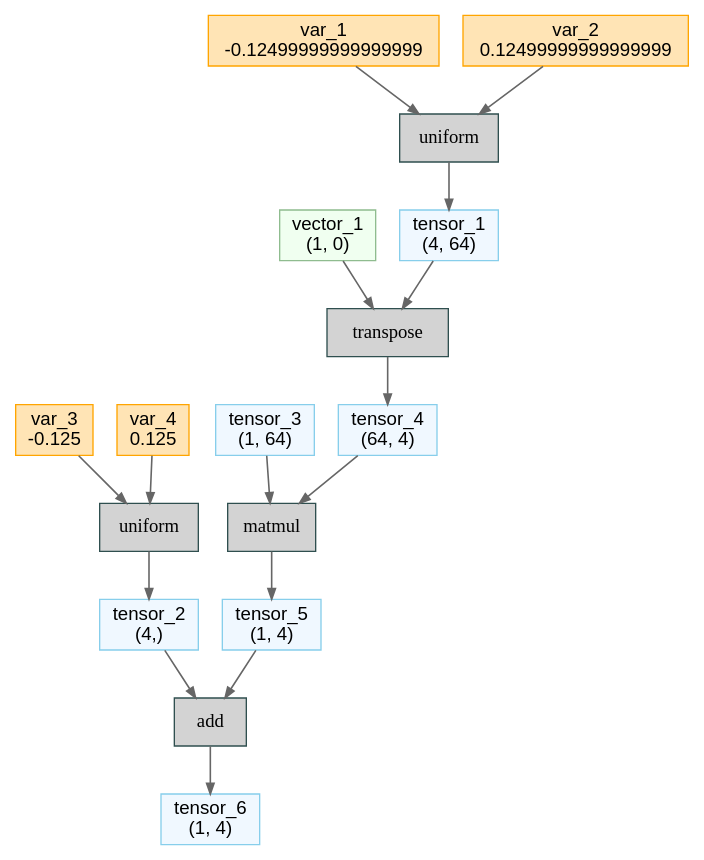
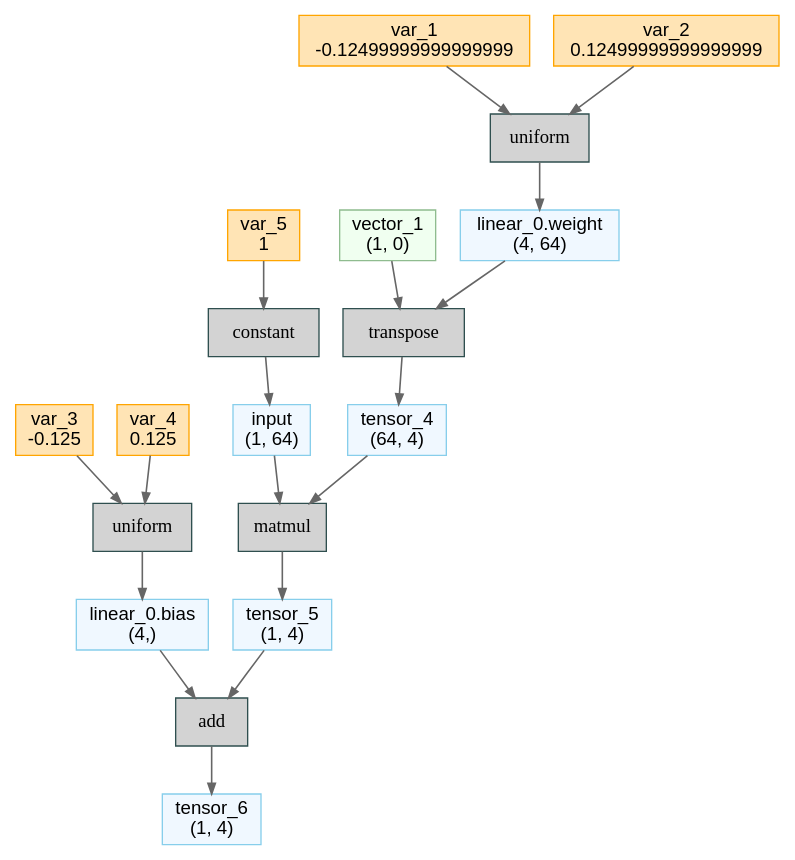
One commit to zhaziqwe/deepx changed the diagram in front/py/examples/3_module/linear.dot. Above: the diagram before and after it, drawn with Graphviz. The commit also changed 13 other files, not shown here.

```diff
--- a/front/py/examples/3_module/linear.dot
+++ b/front/py/examples/3_module/linear.dot
@@ -1,47 +1,52 @@
 // Computational Graph
 digraph {
 	rankdir=TB
 	node [shape=record]
-	126836298434400 [label="tensor_1
+	130161825760880 [label="linear_0.weight
 (4, 64)" color=skyblue fillcolor=aliceblue fontname="Sans-Serif" labeljust=l shape=box style=filled]
-	126836299154480 [label="tensor_2
+	130161826498544 [label="linear_0.bias
 (4,)" color=skyblue fillcolor=aliceblue fontname="Sans-Serif" labeljust=l shape=box style=filled]
-	126836299154432 [label="var_1
+	130161826498448 [label="var_1
 -0.12499999999999999" color=orange fillcolor=moccasin fontname="Sans-Serif" labeljust=l shape=box style=filled]
-	126836299154624 [label="var_2
+	130161826497632 [label="var_2
 0.12499999999999999" color=orange fillcolor=moccasin fontname="Sans-Serif" labeljust=l shape=box style=filled]
-	126836299154000 [label=uniform color=darkslategray fillcolor=lightgray fontname="Courier Bold" labeljust=l shape=box style=filled]
-	126836299154528 [label="var_3
+	130161826498208 [label=uniform color=darkslategray fillcolor=lightgray fontname="Courier Bold" labeljust=l shape=box style=filled]
+	130161826498304 [label="var_3
 -0.125" color=orange fillcolor=moccasin fontname="Sans-Serif" labeljust=l shape=box style=filled]
-	126836299154336 [label="var_4
+	130161826498640 [label="var_4
 0.125" color=orange fillcolor=moccasin fontname="Sans-Serif" labeljust=l shape=box style=filled]
-	126836299154720 [label=uniform color=darkslategray fillcolor=lightgray fontname="Courier Bold" labeljust=l shape=box style=filled]
-	126836299154912 [label="tensor_3
+	130161826498736 [label=uniform color=darkslategray fillcolor=lightgray fontname="Courier Bold" labeljust=l shape=box style=filled]
+	130161826498832 [label="input
 (1, 64)" color=skyblue fillcolor=aliceblue fontname="Sans-Serif" labeljust=l shape=box style=filled]
-	126836299155152 [label="tensor_4
+	130161826499072 [label=constant color=darkslategray fillcolor=lightgray fontname="Courier Bold" labeljust=l shape=box style=filled]
+	130161826499024 [label="var_5
+1" color=orange fillcolor=moccasin fontname="Sans-Serif" labeljust=l shape=box style=filled]
+	130161826504880 [label="tensor_4
 (64, 4)" color=skyblue fillcolor=aliceblue fontname="Sans-Serif" labeljust=l shape=box style=filled]
-	126836299155104 [label="vector_1
+	130161826505456 [label="vector_1
 (1, 0)" color=darkseagreen fillcolor=honeydew fontname="Sans-Serif" labeljust=l shape=box style=filled]
-	126836299155248 [label=transpose color=darkslategray fillcolor=lightgray fontname="Courier Bold" labeljust=l shape=box style=filled]
-	126836299155440 [label="tensor_5
+	130161826506320 [label=transpose color=darkslategray fillcolor=lightgray fontname="Courier Bold" labeljust=l shape=box style=filled]
+	130161826506512 [label="tensor_5
 (1, 4)" color=skyblue fillcolor=aliceblue fontname="Sans-Serif" labeljust=l shape=box style=filled]
-	126836299155536 [label=matmul color=darkslategray fillcolor=lightgray fontname="Courier Bold" labeljust=l shape=box style=filled]
-	126836299155728 [label="tensor_6
+	130161826506608 [label=matmul color=darkslategray fillcolor=lightgray fontname="Courier Bold" labeljust=l shape=box style=filled]
+	130161826506848 [label="tensor_6
 (1, 4)" color=skyblue fillcolor=aliceblue fontname="Sans-Serif" labeljust=l shape=box style=filled]
-	126836299155824 [label=add color=darkslategray fillcolor=lightgray fontname="Courier Bold" labeljust=l shape=box style=filled]
-	126836299154000 -> 126836298434400 [arrowsize=0.8 color=gray40 penwidth=1.2]
-	126836299154720 -> 126836299154480 [arrowsize=0.8 color=gray40 penwidth=1.2]
-	126836299154432 -> 126836299154000 [arrowsize=0.8 color=gray40 penwidth=1.2]
-	126836299154624 -> 126836299154000 [arrowsize=0.8 color=gray40 penwidth=1.2]
-	126836299154528 -> 126836299154720 [arrowsize=0.8 color=gray40 penwidth=1.2]
-	126836299154336 -> 126836299154720 [arrowsize=0.8 color=gray40 penwidth=1.2]
-	126836299155248 -> 126836299155152 [arrowsize=0.8 color=gray40 penwidth=1.2]
-	126836298434400 -> 126836299155248 [arrowsize=0.8 color=gray40 penwidth=1.2]
-	126836299155104 -> 126836299155248 [arrowsize=0.8 color=gray40 penwidth=1.2]
-	126836299155536 -> 126836299155440 [arrowsize=0.8 color=gray40 penwidth=1.2]
-	126836299154912 -> 126836299155536 [arrowsize=0.8 color=gray40 penwidth=1.2]
-	126836299155152 -> 126836299155536 [arrowsize=0.8 color=gray40 penwidth=1.2]
-	126836299155824 -> 126836299155728 [arrowsize=0.8 color=gray40 penwidth=1.2]
-	126836299155440 -> 126836299155824 [arrowsize=0.8 color=gray40 penwidth=1.2]
-	126836299154480 -> 126836299155824 [arrowsize=0.8 color=gray40 penwidth=1.2]
+	130161826506944 [label=add color=darkslategray fillcolor=lightgray fontname="Courier Bold" labeljust=l shape=box style=filled]
+	130161826498208 -> 130161825760880 [arrowsize=0.8 color=gray40 penwidth=1.2]
+	130161826498736 -> 130161826498544 [arrowsize=0.8 color=gray40 penwidth=1.2]
+	130161826498448 -> 130161826498208 [arrowsize=0.8 color=gray40 penwidth=1.2]
+	130161826497632 -> 130161826498208 [arrowsize=0.8 color=gray40 penwidth=1.2]
+	130161826498304 -> 130161826498736 [arrowsize=0.8 color=gray40 penwidth=1.2]
+	130161826498640 -> 130161826498736 [arrowsize=0.8 color=gray40 penwidth=1.2]
+	130161826499072 -> 130161826498832 [arrowsize=0.8 color=gray40 penwidth=1.2]
+	130161826499024 -> 130161826499072 [arrowsize=0.8 color=gray40 penwidth=1.2]
+	130161826506320 -> 130161826504880 [arrowsize=0.8 color=gray40 penwidth=1.2]
+	130161825760880 -> 130161826506320 [arrowsize=0.8 color=gray40 penwidth=1.2]
+	130161826505456 -> 130161826506320 [arrowsize=0.8 color=gray40 penwidth=1.2]
+	130161826506608 -> 130161826506512 [arrowsize=0.8 color=gray40 penwidth=1.2]
+	130161826498832 -> 130161826506608 [arrowsize=0.8 color=gray40 penwidth=1.2]
+	130161826504880 -> 130161826506608 [arrowsize=0.8 color=gray40 penwidth=1.2]
+	130161826506944 -> 130161826506848 [arrowsize=0.8 color=gray40 penwidth=1.2]
+	130161826506512 -> 130161826506944 [arrowsize=0.8 color=gray40 penwidth=1.2]
+	130161826498544 -> 130161826506944 [arrowsize=0.8 color=gray40 penwidth=1.2]
 }
```
